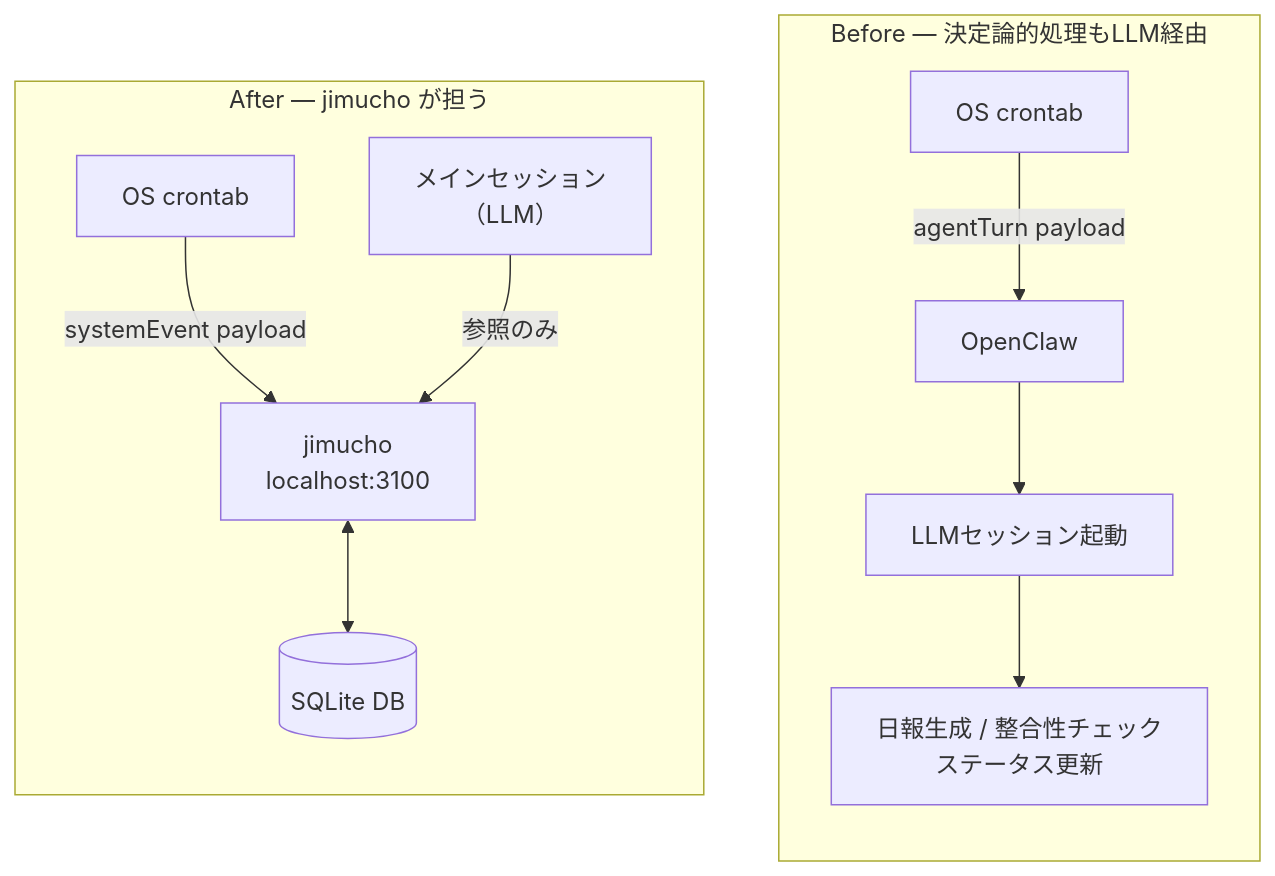
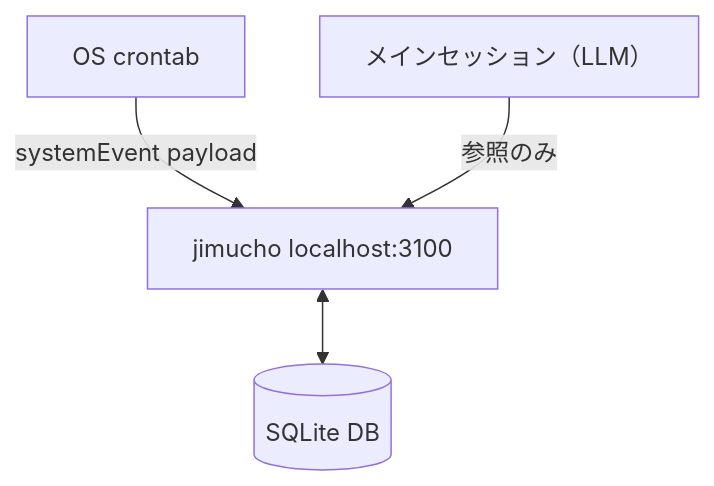
Before and after one commit to imudak/maruhuku-contents: the second of 3 diagrams in articles/ai-autonomous-workflow-delegation.md, drawn with Mermaid. The commit also changed other lines of this file, not shown here.

Commit message:
fix: Mermaid図を分割してBefore→After順序を修正、改行文字修正

````diff
--- a/articles/ai-autonomous-workflow-delegation.md
+++ b/articles/ai-autonomous-workflow-delegation.md
@@ -60,24 +71,6 @@
 ```mermaid
-flowchart TB
-    subgraph BEFORE["Before — 決定論的処理もLLM経由"]
-        direction TB
-        b_cron["OS crontab"]
-        b_oc["OpenClaw"]
-        b_llm["LLMセッション起動"]
-        b_tasks["日報生成 / 整合性チェック\nステータス更新"]
-        b_cron -->|"agentTurn payload"| b_oc
-        b_oc --> b_llm
-        b_llm --> b_tasks
-    end
-
-    subgraph AFTER["After — jimucho が担う"]
-        direction TB
-        a_cron["OS crontab"]
-        a_jimucho["jimucho\nlocalhost:3100"]
-        a_db[(SQLite DB)]
-        a_main["メインセッション\n（LLM）"]
-        a_cron -->|"systemEvent payload"| a_jimucho
-        a_jimucho <--> a_db
-        a_main -->|"参照のみ"| a_jimucho
-    end
+flowchart TD
+    a_cron["OS crontab"] -->|"systemEvent payload"| a_jimucho["jimucho localhost:3100"]
+    a_jimucho <--> a_db[(SQLite DB)]
+    a_main["メインセッション（LLM）"] -->|"参照のみ"| a_jimucho
 ```
````
